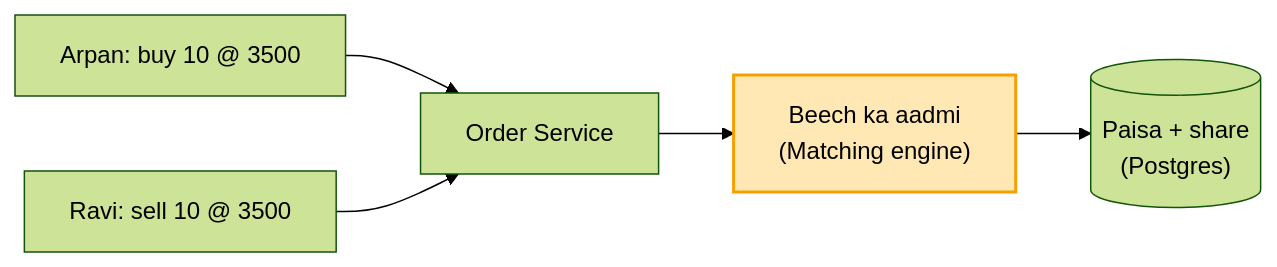
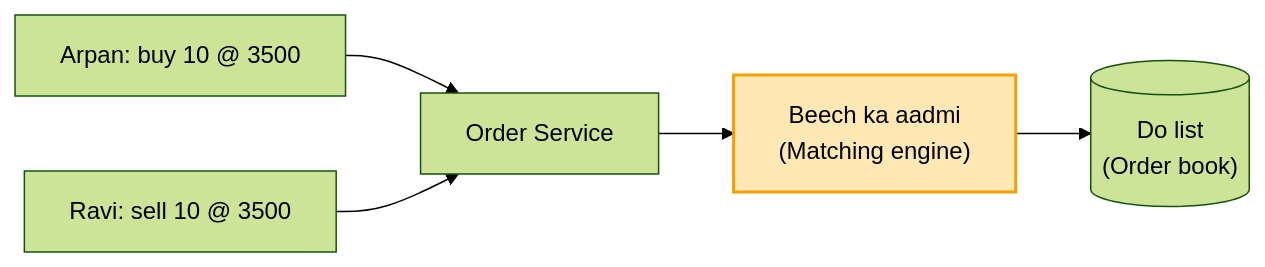
Before and after one commit to ArpanMaheshwari144/Prep: the first of 8 diagrams in 04_HLD/SYSTEM_DESIGNS/05_stock_broker_trading/05_stock_broker_trading.md, drawn with Mermaid (forest theme). The commit also changed other lines of this file and 17 other files, not shown here.

Commit message:
HLD: 17 main files hand notes se milaye (har block alag section, kahani + asli naam, mermaid), technical naam bhi rakhe

````diff
--- a/04_HLD/SYSTEM_DESIGNS/05_stock_broker_trading/05_stock_broker_trading.md
+++ b/04_HLD/SYSTEM_DESIGNS/05_stock_broker_trading/05_stock_broker_trading.md
@@ -35,8 +35,8 @@
 ```mermaid
 flowchart LR
     A["Arpan: buy 10 @ 3500"] --> O["Order Service"]
     R["Ravi: sell 10 @ 3500"] --> O
     O --> M["Beech ka aadmi<br/>(Matching engine)"]
-    M --> D[("Paisa + share<br/>(Postgres)")]
+    M --> B[("Do list<br/>(Order book)")]
     style M fill:#ffe8b3,stroke:#f59f00,stroke-width:2px,color:#000
 ```
````
